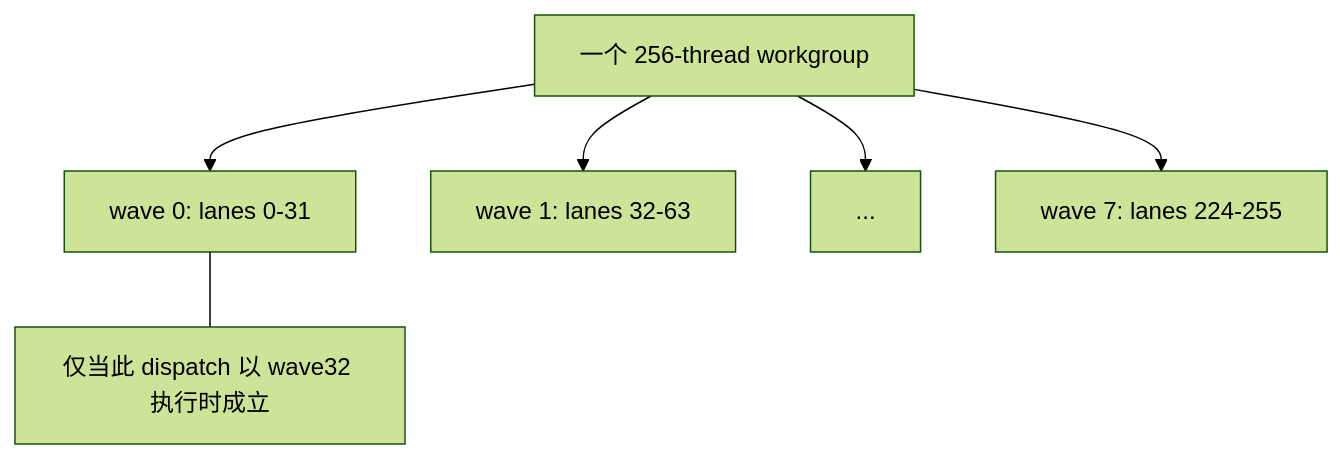
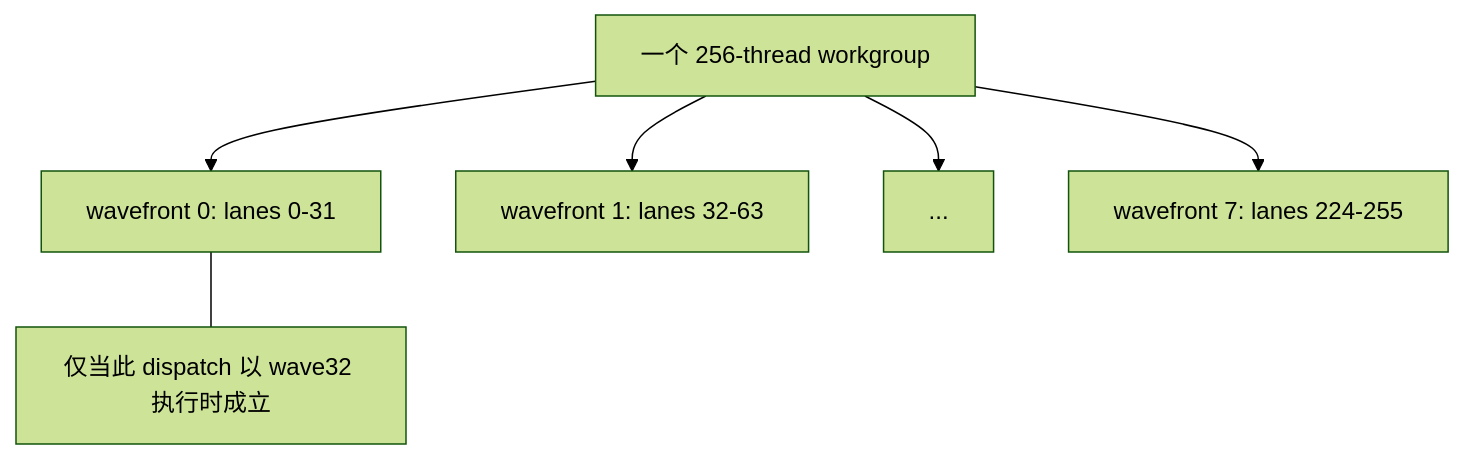
The third of 6 diagrams in docs/part0-intro/chapter2/index.md (Weihong-Liu/hello-gpu), drawn with Mermaid (forest theme) before and after one commit. The commit also changed other lines of this file and 14 other files, not shown here.

````diff
--- a/docs/part0-intro/chapter2/index.md
+++ b/docs/part0-intro/chapter2/index.md
@@ -101,9 +101,9 @@
 ```mermaid
 flowchart TB
-    WG[一个 256-thread workgroup] --> W0[wave 0: lanes 0-31]
-    WG --> W1[wave 1: lanes 32-63]
+    WG[一个 256-thread workgroup] --> W0[wavefront 0: lanes 0-31]
+    WG --> W1[wavefront 1: lanes 32-63]
     WG --> WN[...]
-    WG --> W7[wave 7: lanes 224-255]
+    WG --> W7[wavefront 7: lanes 224-255]
     NOTE[仅当此 dispatch 以 wave32 执行时成立]
     W0 --- NOTE
 ```
````
